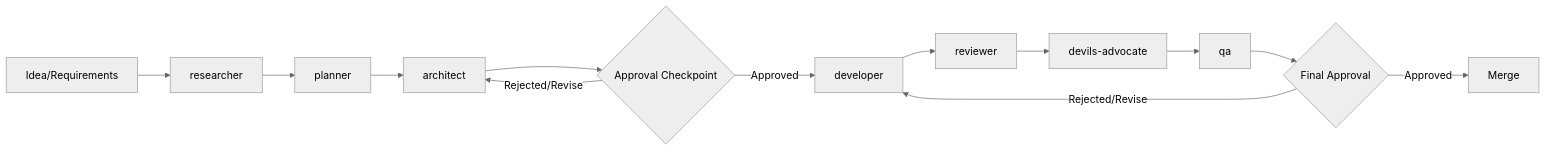
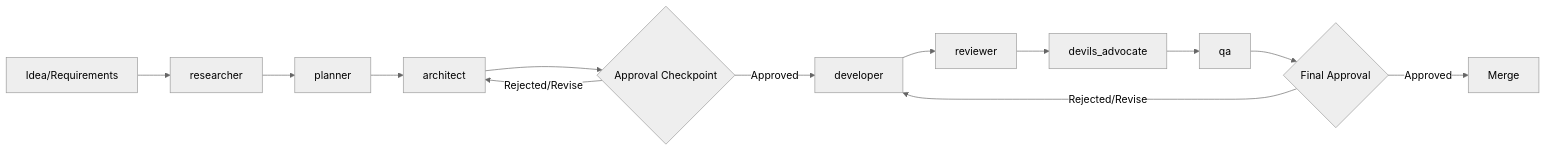
Before and after one commit to kato83/mayu: the diagram in .kiro/steering/agents.md, drawn with Mermaid (neutral theme). The commit also changed other lines of this file and 1 other file, not shown here.

````diff
--- a/.kiro/steering/agents.md
+++ b/.kiro/steering/agents.md
@@ -28,15 +29,15 @@
 ```mermaid
 graph LR
     A[Idea/Requirements] --> B[researcher]
     B --> C[planner]
     C --> D[architect]
     D --> E{Approval Checkpoint}
     E -->|Approved| F[developer]
     F --> G[reviewer]
-    G --> H[devils-advocate]
+    G --> H[devils_advocate]
     H --> I[qa]
     I --> J{Final Approval}
     J -->|Approved| K[Merge]
     E -->|Rejected/Revise| D
     J -->|Rejected/Revise| F
 ```
````
